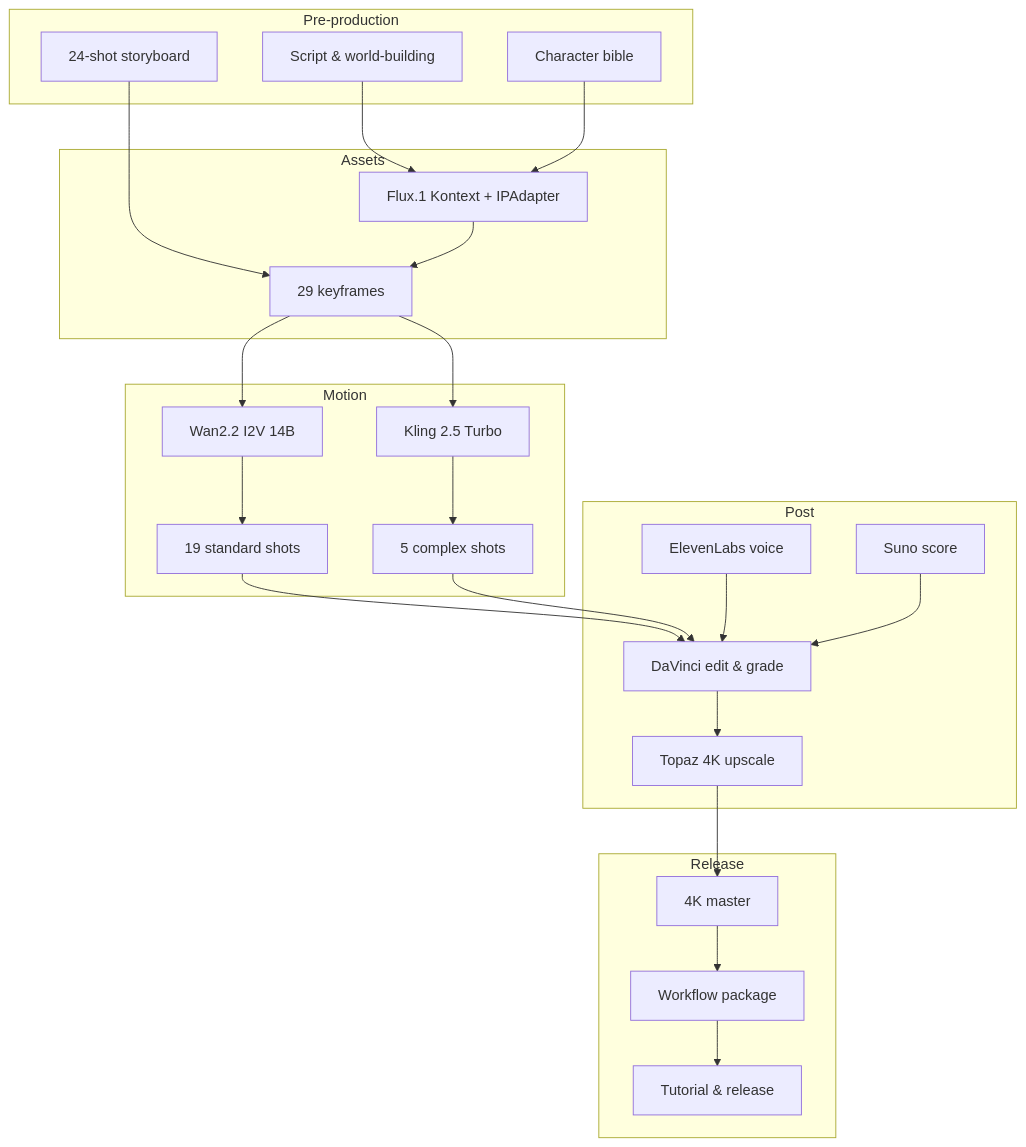
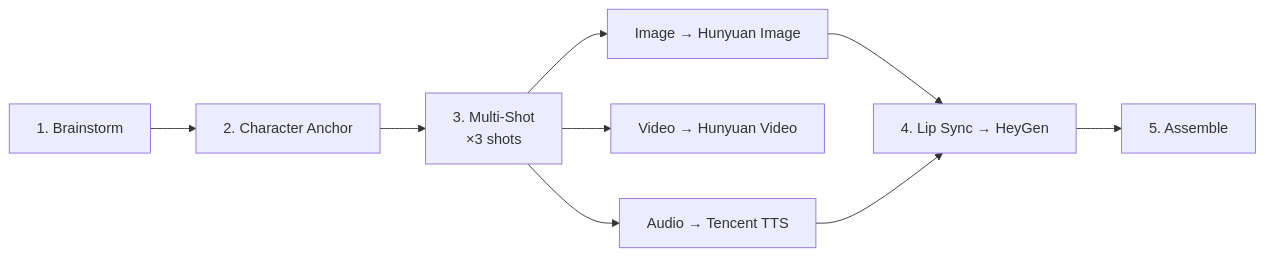
One commit to weed33834/ShotFlow changed the fifth of 6 diagrams in README.md. Above: the diagram before and after it, drawn with Mermaid. The commit also changed other lines of this file and 7 other files, not shown here.

````diff
--- a/README.md
+++ b/README.md
@@ -36,45 +265,11 @@
 ```mermaid
-flowchart TB
-    subgraph Pre["Pre-production"]
-        A[Script & world-building]
-        B[Character bible]
-        C[24-shot storyboard]
-    end
-    subgraph Asset["Assets"]
-        D[Flux.1 Kontext + IPAdapter]
-        E[29 keyframes]
-    end
-    subgraph Motion["Motion"]
-        F[Wan2.2 I2V 14B]
-        G[Kling 2.5 Turbo]
-        H[19 standard shots]
-        I[5 complex shots]
-    end
-    subgraph Post["Post"]
-        J[DaVinci edit & grade]
-        K[ElevenLabs voice]
-        L[Suno score]
-        M[Topaz 4K upscale]
-    end
-    subgraph Release["Release"]
-        N[4K master]
-        O[Workflow package]
-        P[Tutorial & release]
-    end
-    A --> D
-    B --> D
-    C --> E
-    D --> E
-    E --> F
-    E --> G
-    F --> H
-    G --> I
-    H --> J
-    I --> J
-    J --> M
-    K --> J
-    L --> J
-    M --> N
-    N --> O
-    O --> P
+flowchart LR
+    A["1. Brainstorm"] --> B["2. Character Anchor"]
+    B --> C["3. Multi-Shot<br/>×3 shots"]
+    C --> D["Image → Hunyuan Image"]
+    C --> E["Video → Hunyuan Video"]
+    C --> F["Audio → Tencent TTS"]
+    D --> G["4. Lip Sync → HeyGen"]
+    F --> G
+    G --> H["5. Assemble"]
 ```
````
